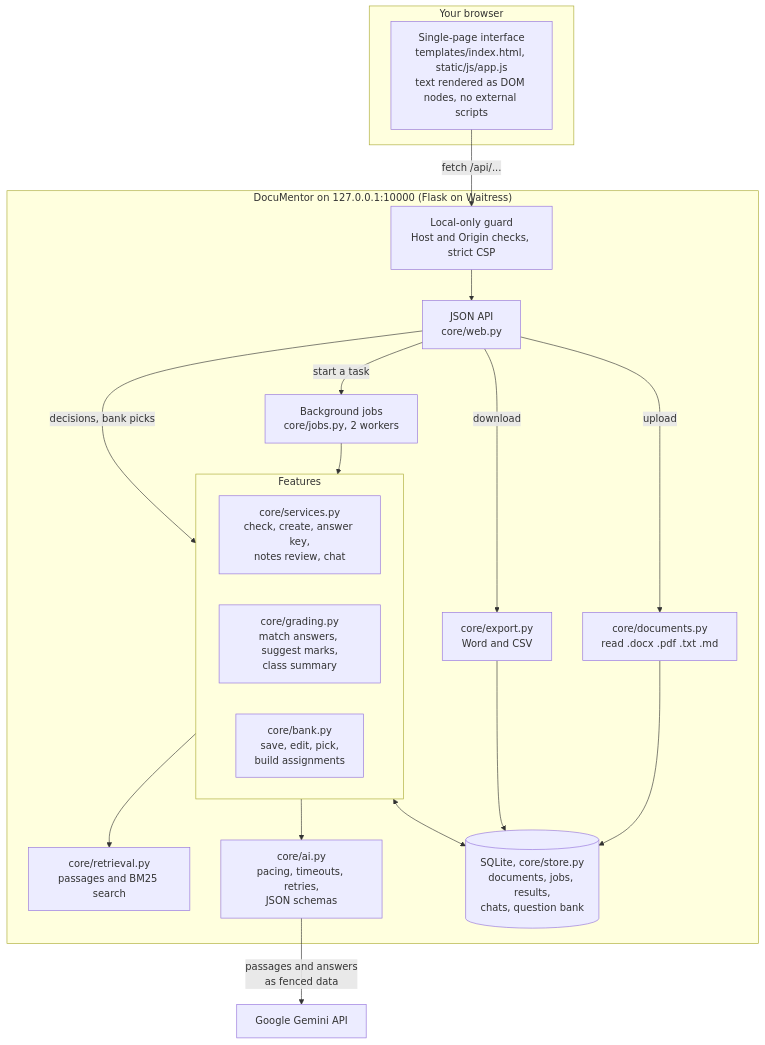
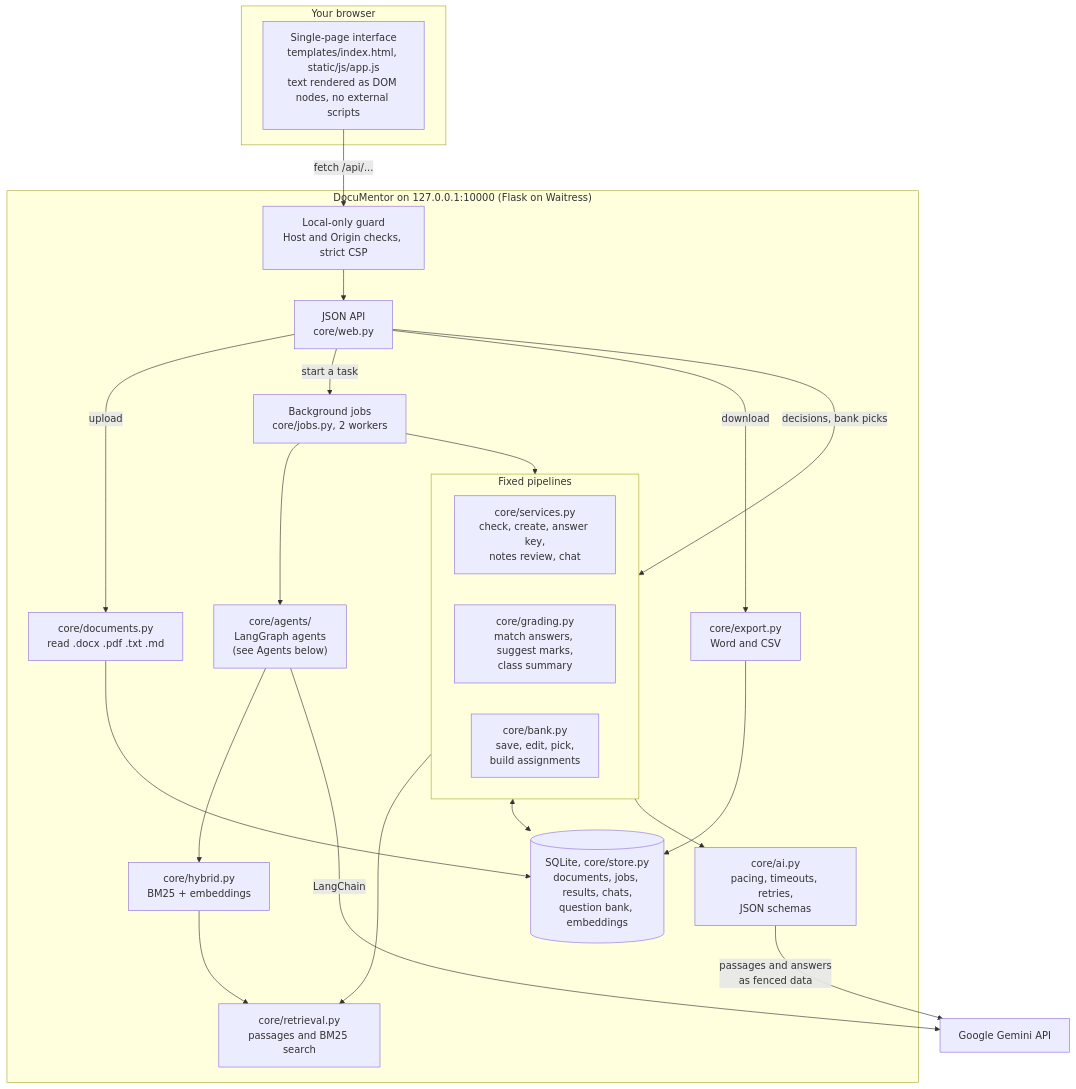
The second of 7 diagrams in README.md (nithinskumar866/AIdoccreator), drawn with Mermaid before and after one commit. The commit also changed other lines of this file and 22 other files, not shown here.

First line of the commit message:
Add LangGraph agents and hybrid search

````diff
--- a/README.md
+++ b/README.md
@@ -88,35 +107,41 @@
 ```mermaid
 flowchart TB
     subgraph Browser["Your browser"]
         UI["Single-page interface<br/>templates/index.html, static/js/app.js<br/>text rendered as DOM nodes, no external scripts"]
     end
 
     subgraph Local["DocuMentor on 127.0.0.1:10000 (Flask on Waitress)"]
         Guard["Local-only guard<br/>Host and Origin checks, strict CSP"]
         API["JSON API<br/>core/web.py"]
         Jobs["Background jobs<br/>core/jobs.py, 2 workers"]
 
-        subgraph Features["Features"]
+        subgraph Features["Fixed pipelines"]
             Svc["core/services.py<br/>check, create, answer key,<br/>notes review, chat"]
             Grade["core/grading.py<br/>match answers, suggest marks,<br/>class summary"]
             Bank["core/bank.py<br/>save, edit, pick,<br/>build assignments"]
         end
 
+        Agents["core/agents/<br/>LangGraph agents<br/>(see Agents below)"]
+        Hybrid["core/hybrid.py<br/>BM25 + embeddings"]
+
         Docs["core/documents.py<br/>read .docx .pdf .txt .md"]
         Ret["core/retrieval.py<br/>passages and BM25 search"]
         AI["core/ai.py<br/>pacing, timeouts, retries,<br/>JSON schemas"]
         Export["core/export.py<br/>Word and CSV"]
-        Store[("SQLite, core/store.py<br/>documents, jobs, results,<br/>chats, question bank")]
+        Store[("SQLite, core/store.py<br/>documents, jobs, results, chats,<br/>question bank, embeddings")]
     end
 
     Gemini["Google Gemini API"]
 
     UI -- "fetch /api/..." --> Guard --> API
     API -- "upload" --> Docs --> Store
     API -- "start a task" --> Jobs --> Features
     API -- "decisions, bank picks" --> Features
     Features --> Ret
     Features <--> Store
     Features --> AI -- "passages and answers<br/>as fenced data" --> Gemini
     API -- "download" --> Export --> Store
+    Jobs --> Agents
+    Agents --> Hybrid --> Ret
+    Agents -- "LangChain" --> Gemini
 ```
````
